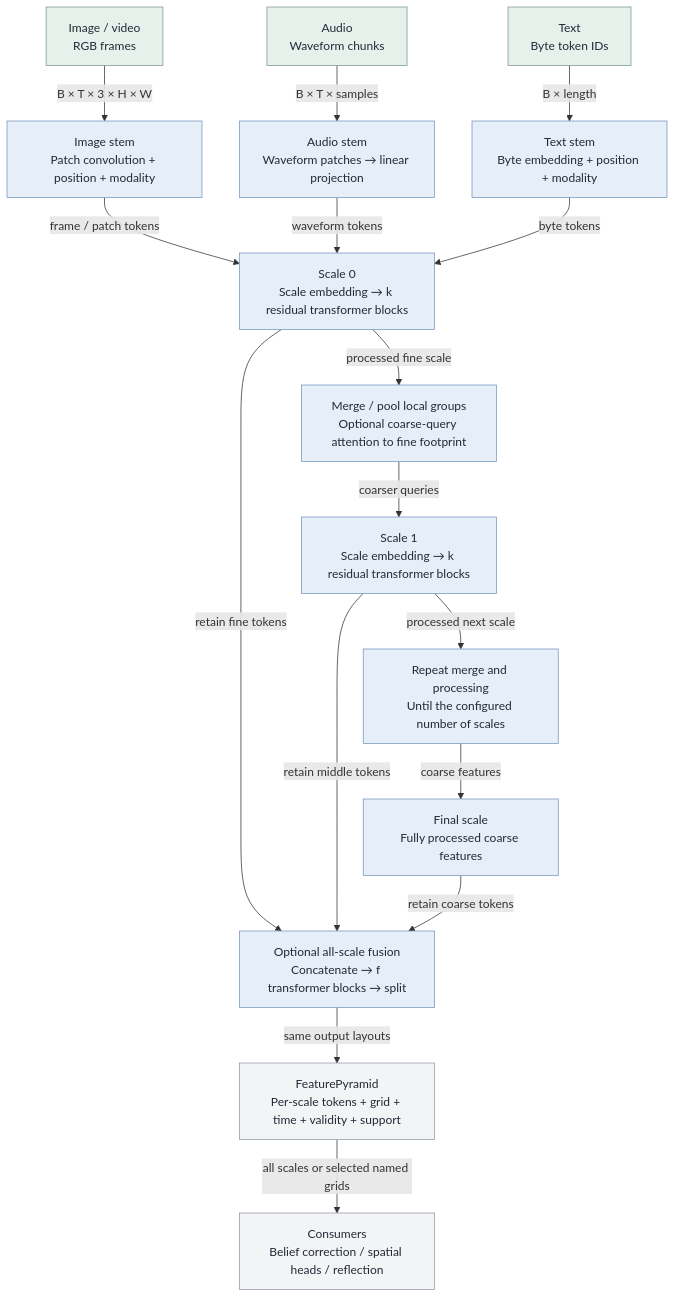
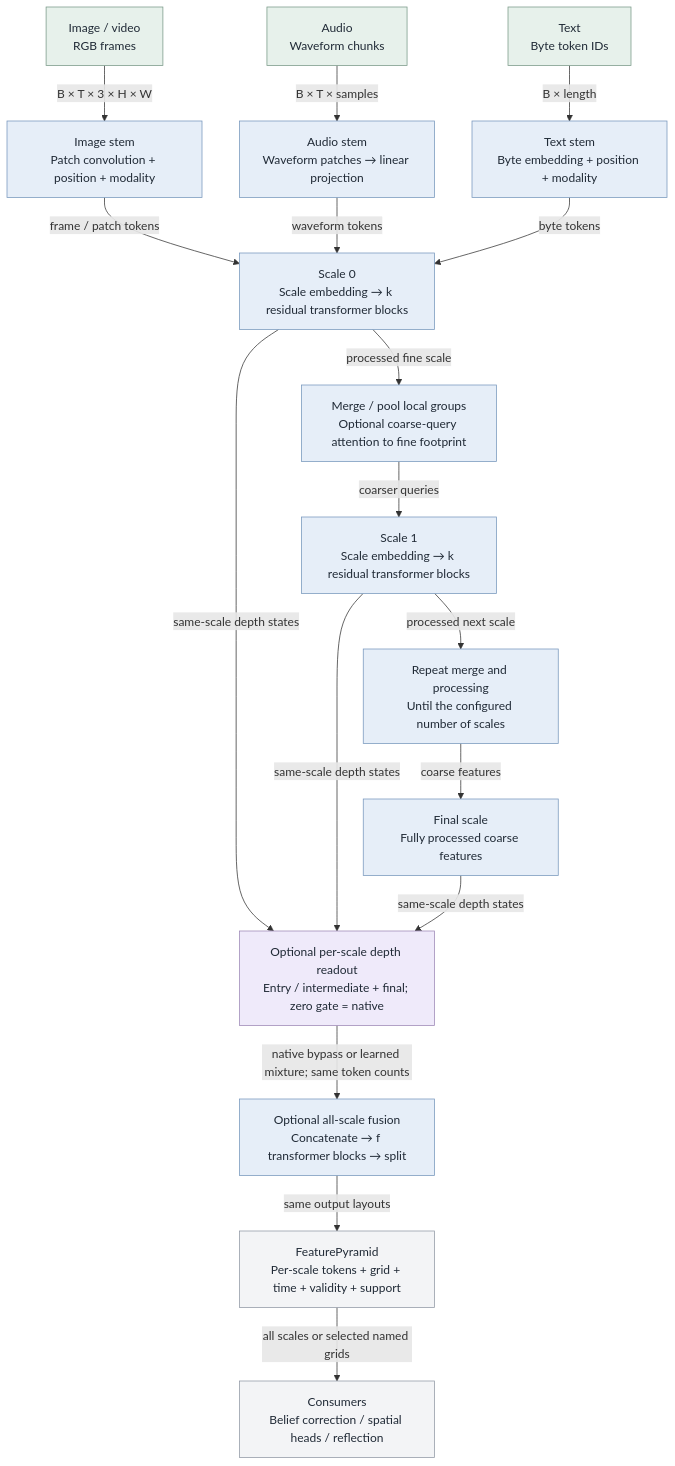
The second of 16 diagrams in docs/architecture-atlas.md (intrinsicD/path-wm), drawn with Mermaid before and after one commit. The commit also changed other lines of this file and 13 other files, not shown here.

````diff
--- a/docs/architecture-atlas.md
+++ b/docs/architecture-atlas.md
@@ -103,52 +103,55 @@
 ```mermaid
 flowchart TB
     image["Image / video<br/>RGB frames"]
     class image external;
     audio["Audio<br/>Waveform chunks"]
     class audio external;
     text["Text<br/>Byte token IDs"]
     class text external;
     patch["Image stem<br/>Patch convolution + position + modality"]
     class patch learned;
     wave["Audio stem<br/>Waveform patches → linear projection"]
     class wave learned;
     embed["Text stem<br/>Byte embedding + position + modality"]
     class embed learned;
     fine["Scale 0<br/>Scale embedding → k residual transformer blocks"]
     class fine learned;
     merge1["Merge / pool local groups<br/>Optional coarse-query attention to fine footprint"]
     class merge1 learned;
     mid["Scale 1<br/>Scale embedding → k residual transformer blocks"]
     class mid learned;
     merge2["Repeat merge and processing<br/>Until the configured number of scales"]
     class merge2 learned;
     coarse["Final scale<br/>Fully processed coarse features"]
     class coarse learned;
+    depth_readout["Optional per-scale depth readout<br/>Entry / intermediate + final; zero gate = native"]
+    class depth_readout optional;
     fusion["Optional all-scale fusion<br/>Concatenate → f transformer blocks → split"]
     class fusion learned;
     out["FeaturePyramid<br/>Per-scale tokens + grid + time + validity + support"]
     class out store;
     consumer["Consumers<br/>Belief correction / spatial heads / reflection"]
     class consumer store;
     image -->|"B × T × 3 × H × W"| patch
     audio -->|"B × T × samples"| wave
     text -->|"B × length"| embed
     patch -->|"frame / patch tokens"| fine
     wave -->|"waveform tokens"| fine
     embed -->|"byte tokens"| fine
     fine -->|"processed fine scale"| merge1
     merge1 -->|"coarser queries"| mid
     mid -->|"processed next scale"| merge2
     merge2 -->|"coarse features"| coarse
-    fine -->|"retain fine tokens"| fusion
-    mid -->|"retain middle tokens"| fusion
-    coarse -->|"retain coarse tokens"| fusion
     fusion -->|"same output layouts"| out
     out -->|"all scales or selected named grids"| consumer
+    fine -->|"same-scale depth states"| depth_readout
+    mid -->|"same-scale depth states"| depth_readout
+    coarse -->|"same-scale depth states"| depth_readout
+    depth_readout -->|"native bypass or learned mixture; same token counts"| fusion
     classDef learned fill:#e6eef8,stroke:#7696bc,color:#202a36;
     classDef store fill:#f3f4f6,stroke:#9098a4,color:#202a36;
     classDef external fill:#e7f1eb,stroke:#789887,color:#202a36;
     classDef optional fill:#efeafa,stroke:#9c87b5,color:#202a36;
     classDef training fill:#fff0db,stroke:#bd934d,color:#202a36;
     classDef proposal fill:#fafafa,stroke:#9b9b9b,color:#202a36,stroke-dasharray:5 4;
 ```
````
